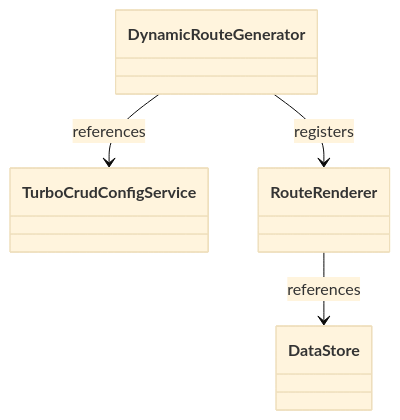
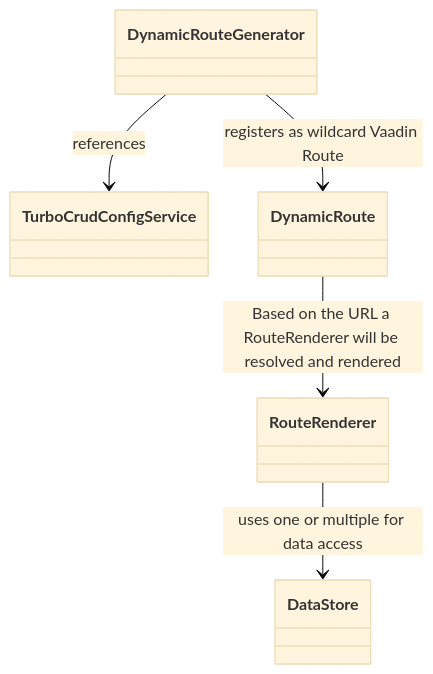
The first of 3 diagrams in README.md (appreciated/vortex-crud), drawn with Mermaid (base theme) before and after one commit. The commit also changed other lines of this file, not shown here.

````diff
--- a/README.md
+++ b/README.md
@@ -300,12 +250,12 @@
 ```mermaid
 classDiagram
     class TurboCrudConfigService
     class DynamicRouteGenerator
     class RouteRenderer
     class DataStore
 
     DynamicRouteGenerator --> TurboCrudConfigService: references
-    DynamicRouteGenerator --> RouteRenderer: registers
-    RouteRenderer --> DataStore: references
-    
+    DynamicRouteGenerator --> DynamicRoute: registers as wildcard Vaadin Route
+    DynamicRoute --> RouteRenderer: Based on the URL a RouteRenderer will be resolved and rendered
+    RouteRenderer --> DataStore: uses one or multiple for data access
 ```
````
